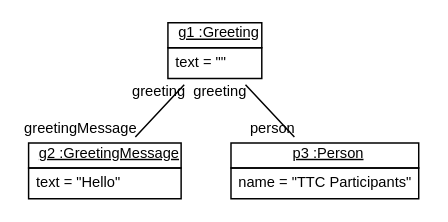
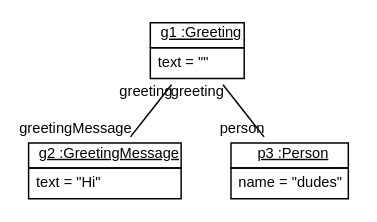
One commit to fujaba/SDMLib changed the diagram in doc/TTC2011HelloWorldModelToText12.dot. Above: the diagram before and after it, drawn with Graphviz. The commit also changed 145 other files, not shown here.

```diff
--- a/doc/TTC2011HelloWorldModelToText12.dot
+++ b/doc/TTC2011HelloWorldModelToText12.dot
@@ -1,12 +1,12 @@
 graph ObjectDiagram {
    node [shape = none, fontsize = 10, fontname = "Arial"];
    edge [fontsize = 10, fontname = "Arial"];
    compound=true;
 
 g1 [label=<<table border='0' cellborder='1' cellspacing='0'> <tr> <td href="../examples/org/sdmlib/examples/helloworld/Greeting.java"> <u>g1 :Greeting</u></td></tr><tr><td><table border='0' cellborder='0' cellspacing='0'><tr><td align='left'>text = ""</td></tr></table></td></tr></table>>];
-g2 [label=<<table border='0' cellborder='1' cellspacing='0'> <tr> <td href="../examples/org/sdmlib/examples/helloworld/GreetingMessage.java"> <u>g2 :GreetingMessage</u></td></tr><tr><td><table border='0' cellborder='0' cellspacing='0'><tr><td align='left'>text = "Hello"</td></tr></table></td></tr></table>>];
-p3 [label=<<table border='0' cellborder='1' cellspacing='0'> <tr> <td href="../examples/org/sdmlib/examples/helloworld/Person.java"> <u>p3 :Person</u></td></tr><tr><td><table border='0' cellborder='0' cellspacing='0'><tr><td align='left'>name = "TTC Participants"</td></tr></table></td></tr></table>>];
+g2 [label=<<table border='0' cellborder='1' cellspacing='0'> <tr> <td href="../examples/org/sdmlib/examples/helloworld/GreetingMessage.java"> <u>g2 :GreetingMessage</u></td></tr><tr><td><table border='0' cellborder='0' cellspacing='0'><tr><td align='left'>text = "Hi"</td></tr></table></td></tr></table>>];
+p3 [label=<<table border='0' cellborder='1' cellspacing='0'> <tr> <td href="../examples/org/sdmlib/examples/helloworld/Person.java"> <u>p3 :Person</u></td></tr><tr><td><table border='0' cellborder='0' cellspacing='0'><tr><td align='left'>name = "dudes"</td></tr></table></td></tr></table>>];
 
+g1 -- p3 [headlabel = "person" taillabel = "greeting"];
 g1 -- g2 [headlabel = "greetingMessage" taillabel = "greeting"];
-g1 -- p3 [headlabel = "person" taillabel = "greeting"];
 }
```
